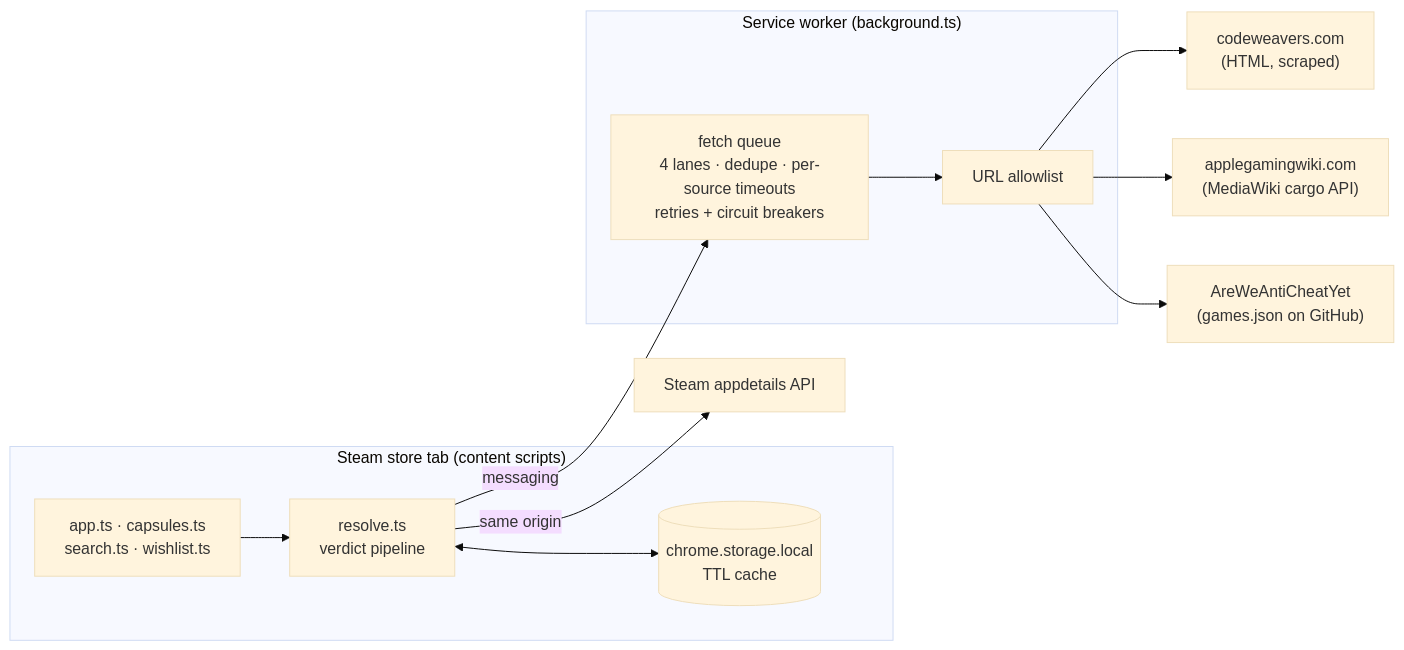
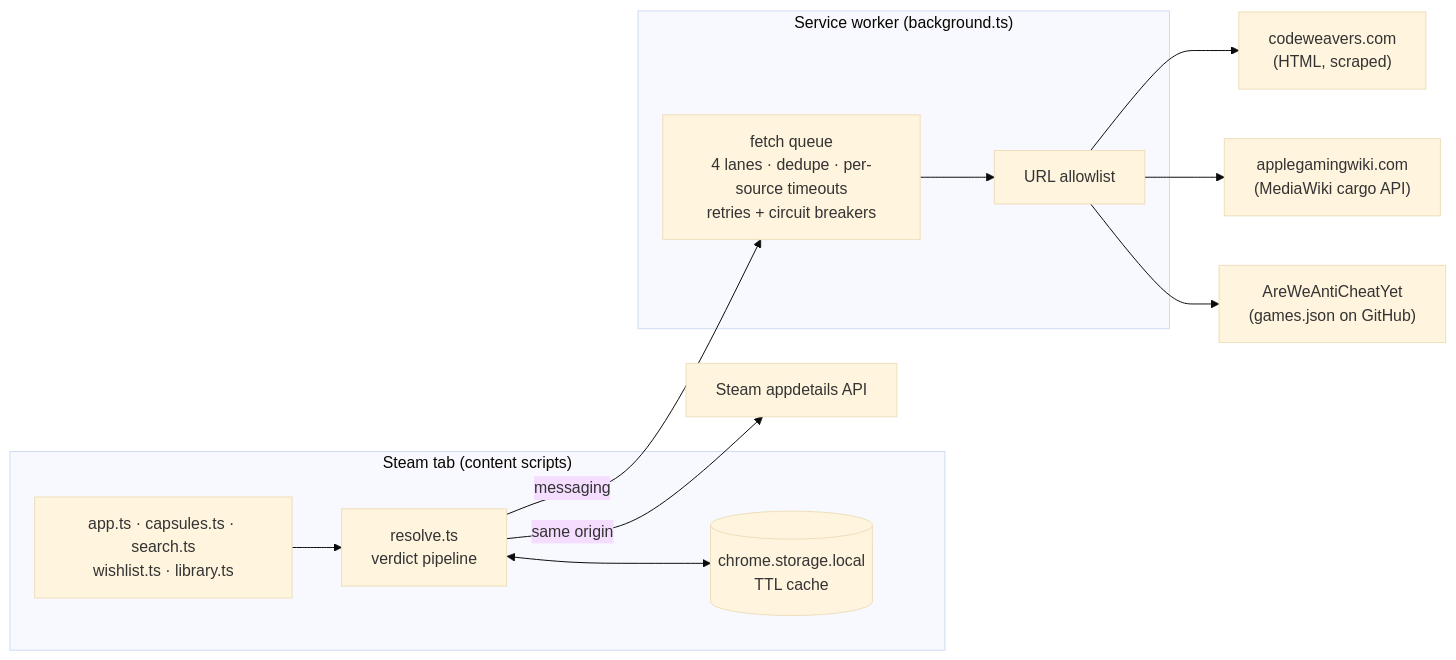
Before and after one commit to s2c52/CrosTem: the diagram in README.md, drawn with Mermaid (base theme). The commit also changed other lines of this file and 8 other files, not shown here.

````diff
--- a/README.md
+++ b/README.md
@@ -116,20 +117,20 @@
 ```mermaid
 flowchart LR
-    subgraph tab["Steam store tab (content scripts)"]
-        CS["app.ts · capsules.ts<br>search.ts · wishlist.ts"]
+    subgraph tab["Steam tab (content scripts)"]
+        CS["app.ts · capsules.ts · search.ts<br>wishlist.ts · library.ts"]
         R["resolve.ts<br>verdict pipeline"]
         C[("chrome.storage.local<br>TTL cache")]
         CS --> R
         R <--> C
     end
     subgraph sw["Service worker (background.ts)"]
         Q["fetch queue<br>4 lanes · dedupe · per-source timeouts<br>retries + circuit breakers"]
         A["URL allowlist"]
         Q --> A
     end
     R -- messaging --> Q
     A --> CW["codeweavers.com<br>(HTML, scraped)"]
     A --> AGW["applegamingwiki.com<br>(MediaWiki cargo API)"]
     A --> AC["AreWeAntiCheatYet<br>(games.json on GitHub)"]
     R -- "same origin" --> SD["Steam appdetails API"]
 ```
````
